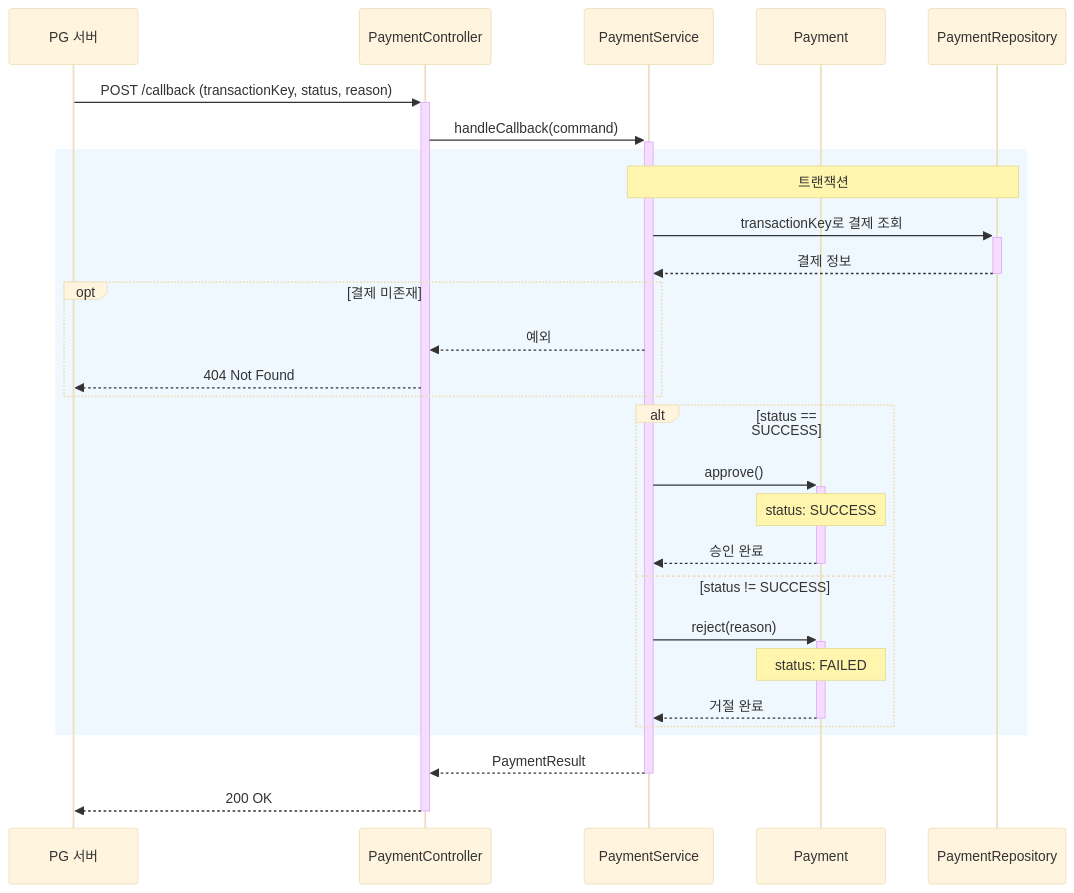
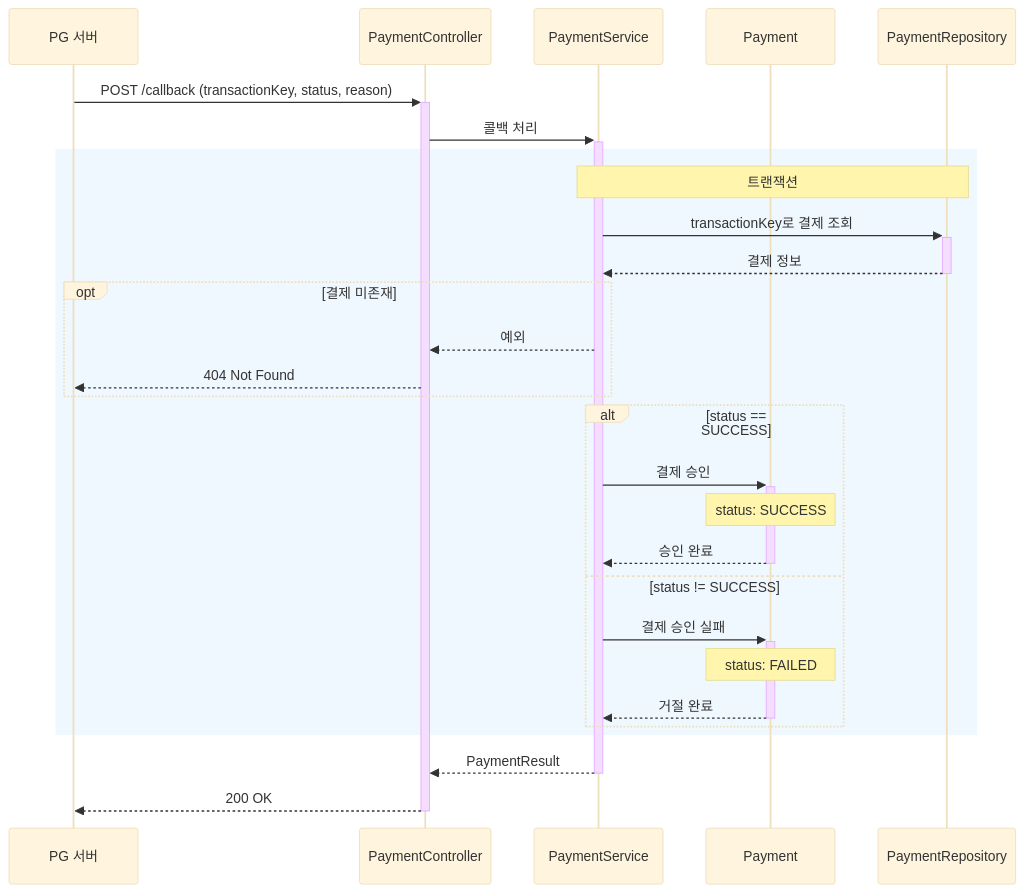
Diagram 34 of 34 in docs/design/02-sequence-diagrams.md (kimjunyoung90/loop-pack-be-l2-vol3-java), drawn with Mermaid (base theme) before and after one commit. The commit also changed other lines of this file and 3 other files, not shown here.

````diff
--- a/docs/design/02-sequence-diagrams.md
+++ b/docs/design/02-sequence-diagrams.md
@@ -1368,35 +1368,35 @@
 ```mermaid
 sequenceDiagram
     participant PG as PG 서버
     participant PC as PaymentController
     participant PS as PaymentService
     participant P as Payment
     participant PR as PaymentRepository
 
     PG->>+PC: POST /callback (transactionKey, status, reason)
-    PC->>+PS: handleCallback(command)
+    PC->>+PS: 콜백 처리
 
     rect rgb(240, 248, 255)
         Note over PS, PR: 트랜잭션
         PS->>+PR: transactionKey로 결제 조회
         PR-->>-PS: 결제 정보
 
         opt 결제 미존재
             PS-->>PC: 예외
             PC-->>PG: 404 Not Found
         end
 
         alt status == SUCCESS
-            PS->>+P: approve()
+            PS->>+P: 결제 승인
             Note over P: status: SUCCESS
             P-->>-PS: 승인 완료
         else status != SUCCESS
-            PS->>+P: reject(reason)
+            PS->>+P: 결제 승인 실패
             Note over P: status: FAILED
             P-->>-PS: 거절 완료
         end
     end
 
     PS-->>-PC: PaymentResult
     PC-->>-PG: 200 OK
 ```
````
